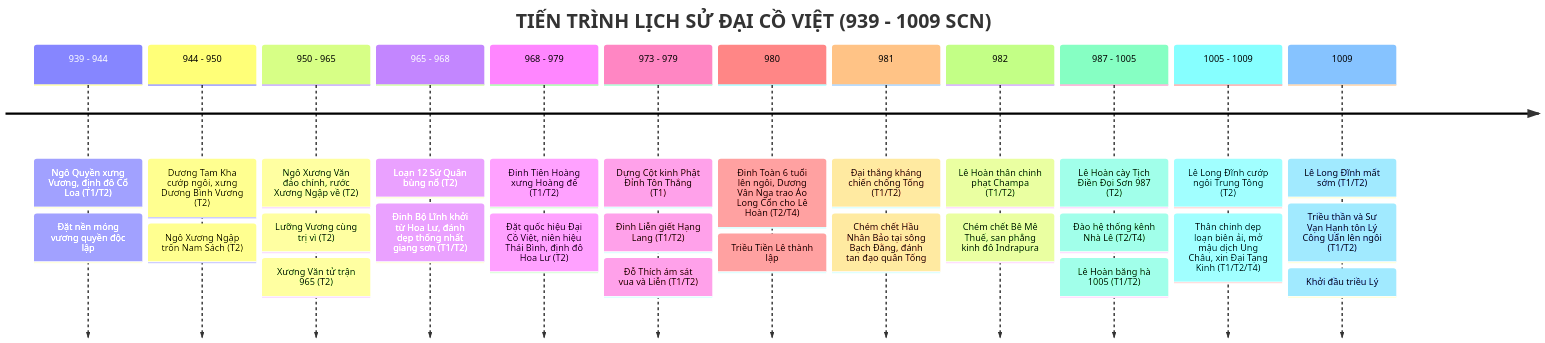
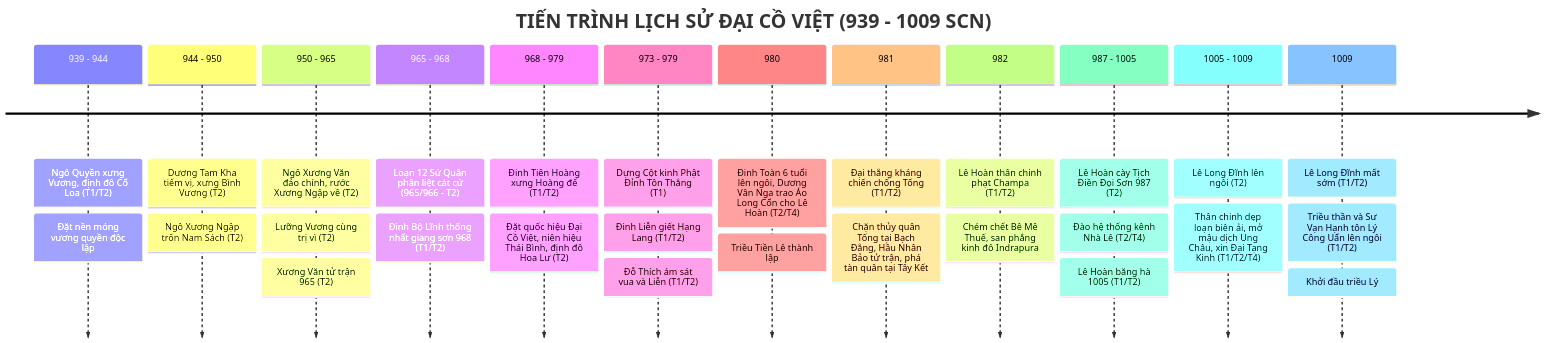
Before and after one commit to LightDucan/HuyenSu-TD: the first of 4 diagrams in docs/drafts/viet-su/939-1009/historical-context-and-timeline.md, drawn with Mermaid. The commit also changed other lines of this file and 3 other files, not shown here.

````diff
--- a/docs/drafts/viet-su/939-1009/historical-context-and-timeline.md
+++ b/docs/drafts/viet-su/939-1009/historical-context-and-timeline.md
@@ -13,16 +13,16 @@
 ```mermaid
 timeline
     title TIẾN TRÌNH LỊCH SỬ ĐẠI CỒ VIỆT (939 - 1009 SCN)
     939 - 944 : Ngô Quyền xưng Vương, định đô Cổ Loa (T1/T2) : Đặt nền móng vương quyền độc lập
-    944 - 950 : Dương Tam Kha cướp ngôi, xưng Dương Bình Vương (T2) : Ngô Xương Ngập trốn Nam Sách (T2)
+    944 - 950 : Dương Tam Kha tiếm vị, xưng Bình Vương (T2) : Ngô Xương Ngập trốn Nam Sách (T2)
     950 - 965 : Ngô Xương Văn đảo chính, rước Xương Ngập về (T2) : Lưỡng Vương cùng trị vì (T2) : Xương Văn tử trận 965 (T2)
-    965 - 968 : Loạn 12 Sứ Quân bùng nổ (T2) : Đinh Bộ Lĩnh khởi từ Hoa Lư, đánh dẹp thống nhất giang sơn (T1/T2)
+    965 - 968 : Loạn 12 Sứ Quân phân liệt cát cứ (965/966 - T2) : Đinh Bộ Lĩnh thống nhất giang sơn 968 (T1/T2)
     968 - 979 : Đinh Tiên Hoàng xưng Hoàng đế (T1/T2) : Đặt quốc hiệu Đại Cồ Việt, niên hiệu Thái Bình, định đô Hoa Lư (T2)
     973 - 979 : Dựng Cột kinh Phật Đỉnh Tôn Thắng (T1) : Đinh Liễn giết Hạng Lang (T1/T2) : Đỗ Thích ám sát vua và Liễn (T1/T2)
     980 : Đinh Toàn 6 tuổi lên ngôi, Dương Vân Nga trao Áo Long Cổn cho Lê Hoàn (T2/T4) : Triều Tiền Lê thành lập
-    981 : Đại thắng kháng chiến chống Tống (T1/T2) : Chém chết Hầu Nhân Bảo tại sông Bạch Đằng, đánh tan đạo quân Tống
+    981 : Đại thắng kháng chiến chống Tống (T1/T2) : Chặn thủy quân Tống tại Bạch Đằng, Hầu Nhân Bảo tử trận, phá tàn quân tại Tây Kết
     982 : Lê Hoàn thân chinh phạt Champa (T1/T2) : Chém chết Bê Mê Thuế, san phẳng kinh đô Indrapura
     987 - 1005 : Lê Hoàn cày Tịch Điền Đọi Sơn 987 (T2) : Đào hệ thống kênh Nhà Lê (T2/T4) : Lê Hoàn băng hà 1005 (T1/T2)
-    1005 - 1009 : Lê Long Đĩnh cướp ngôi Trung Tông (T2) : Thân chinh dẹp loạn biên ải, mở mậu dịch Ung Châu, xin Đại Tạng Kinh (T1/T2/T4)
+    1005 - 1009 : Lê Long Đĩnh lên ngôi (T2) : Thân chinh dẹp loạn biên ải, mở mậu dịch Ung Châu, xin Đại Tạng Kinh (T1/T2/T4)
     1009 : Lê Long Đĩnh mất sớm (T1/T2) : Triều thần và Sư Vạn Hạnh tôn Lý Công Uẩn lên ngôi (T1/T2) : Khởi đầu triều Lý
 ```
````
